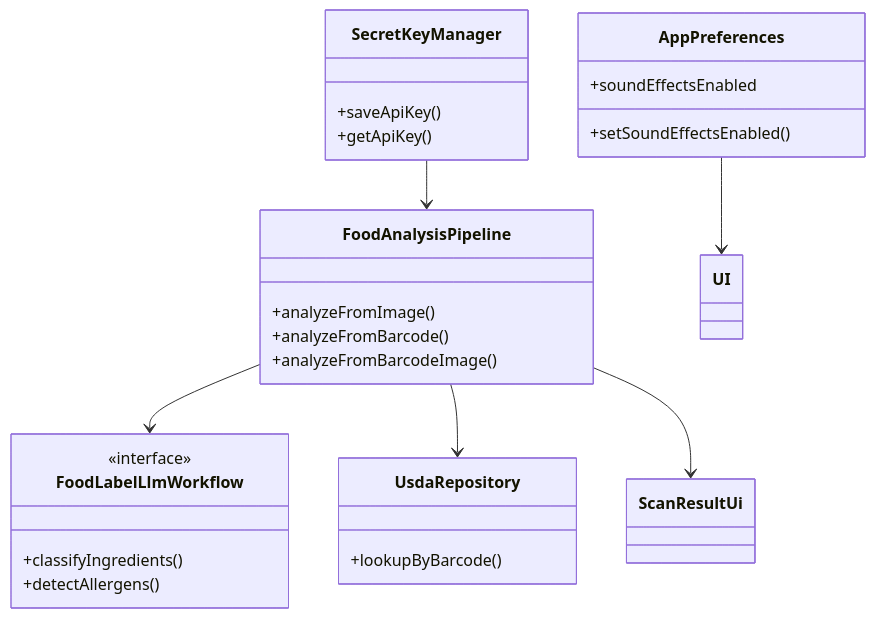
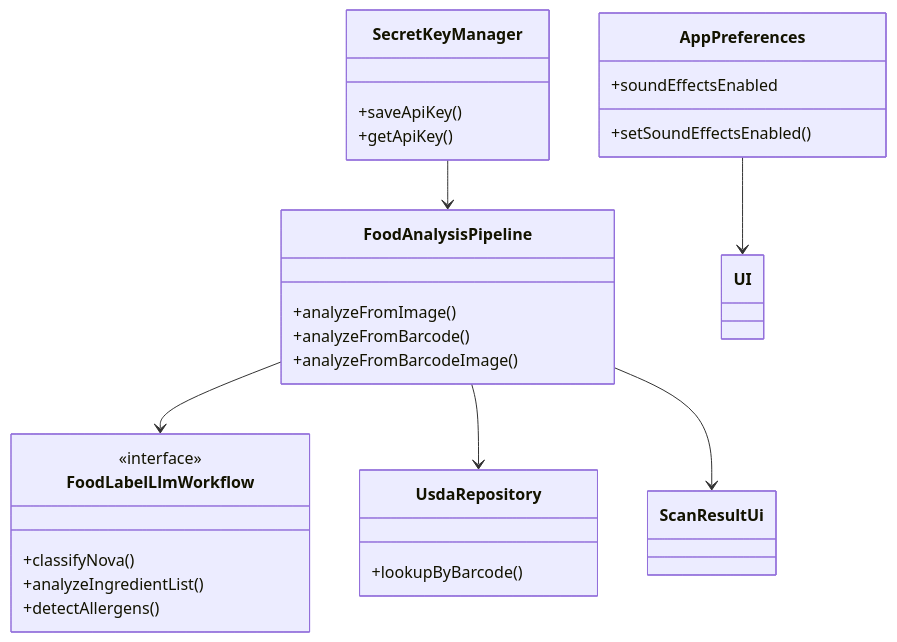
Before and after one commit to benevolentbandwidth/ultraprocessed: the fifth of 5 diagrams in documentation/01-architecture.md, drawn with Mermaid. The commit also changed other lines of this file and 19 other files, not shown here.

````diff
--- a/documentation/01-architecture.md
+++ b/documentation/01-architecture.md
@@ -146,30 +150,31 @@
 ```mermaid
 classDiagram
     class FoodAnalysisPipeline {
         +analyzeFromImage()
         +analyzeFromBarcode()
         +analyzeFromBarcodeImage()
     }
     class FoodLabelLlmWorkflow {
         <<interface>>
-        +classifyIngredients()
+        +classifyNova()
+        +analyzeIngredientList()
         +detectAllergens()
     }
     class UsdaRepository {
         +lookupByBarcode()
     }
     class SecretKeyManager {
         +saveApiKey()
         +getApiKey()
     }
     class AppPreferences {
         +soundEffectsEnabled
         +setSoundEffectsEnabled()
     }
     class ScanResultUi
     FoodAnalysisPipeline --> FoodLabelLlmWorkflow
     FoodAnalysisPipeline --> UsdaRepository
     FoodAnalysisPipeline --> ScanResultUi
     SecretKeyManager --> FoodAnalysisPipeline
     AppPreferences --> UI
 ```
````
